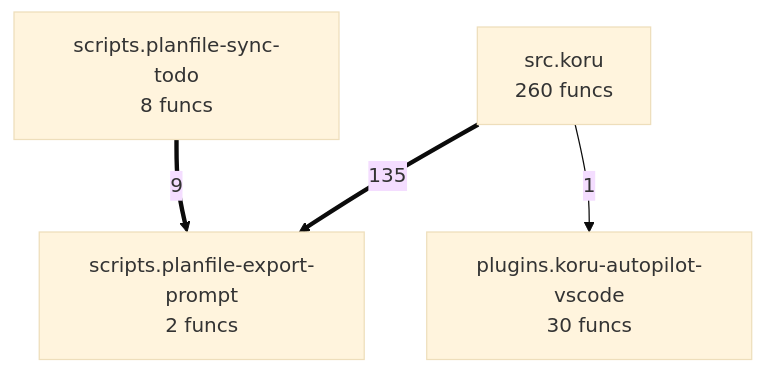
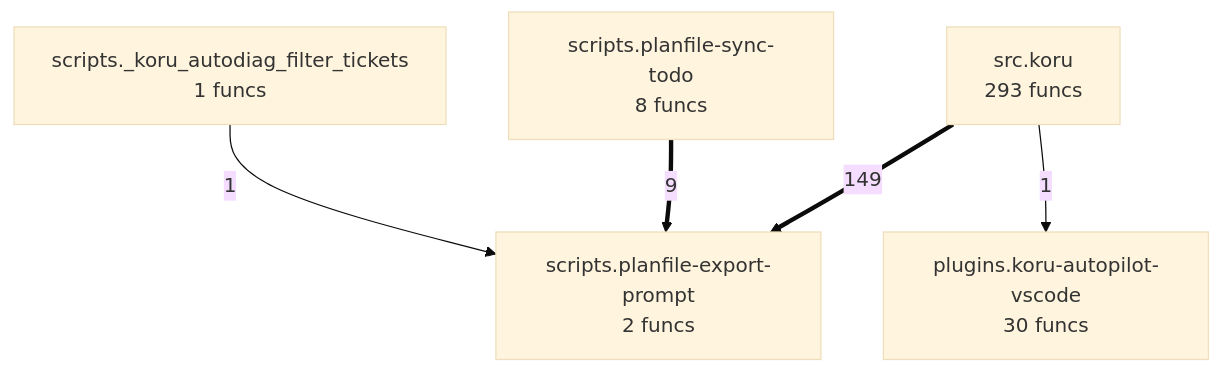
Before and after one commit to semcod/koru: the diagram in project/compact_flow.mmd, drawn with Mermaid (base theme). The commit also changed 44 other files, not shown here.

```diff
--- a/project/compact_flow.mmd
+++ b/project/compact_flow.mmd
@@ -1,9 +1,11 @@
 flowchart TD
 %% generated in 0.01s
     plugins__koru_autopilot_vscode["plugins.koru-autopilot-vscode<br/>30 funcs"]
+    scripts___koru_autodiag_filter_tickets["scripts._koru_autodiag_filter_tickets<br/>1 funcs"]
     scripts__planfile_export_prompt["scripts.planfile-export-prompt<br/>2 funcs"]
     scripts__planfile_sync_todo["scripts.planfile-sync-todo<br/>8 funcs"]
-    src__koru["src.koru<br/>260 funcs"]
-    src__koru ==>|135| scripts__planfile_export_prompt
+    src__koru["src.koru<br/>293 funcs"]
+    src__koru ==>|149| scripts__planfile_export_prompt
     scripts__planfile_sync_todo ==>|9| scripts__planfile_export_prompt
     src__koru -->|1| plugins__koru_autopilot_vscode
+    scripts___koru_autodiag_filter_tickets -->|1| scripts__planfile_export_prompt
```
